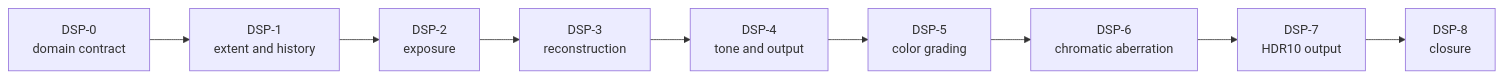
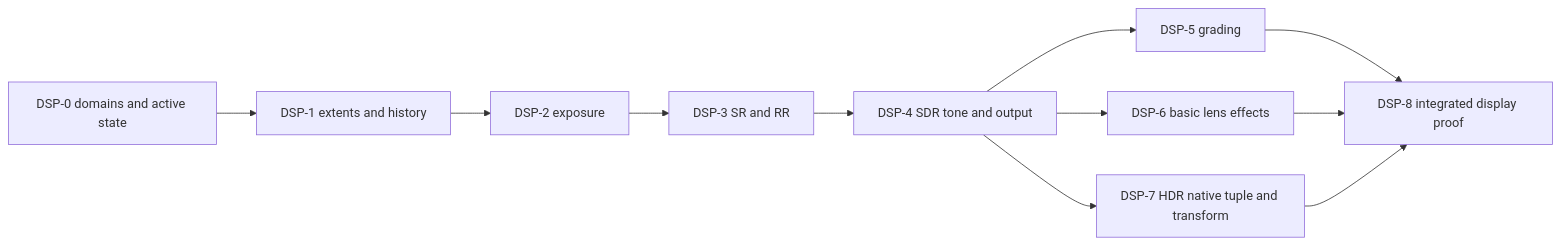
Before and after one commit to LisowskiPawel/SparkleEngine: the diagram in Docs/Architecture/Modules/Engine/Renderer/FirstRelease/DisplayAndReconstructionImplementationPlan.md, drawn with Mermaid. The commit also changed other lines of this file and 132 other files, not shown here.

````diff
--- a/Docs/Architecture/Modules/Engine/Renderer/FirstRelease/DisplayAndReconstructionImplementationPlan.md
+++ b/Docs/Architecture/Modules/Engine/Renderer/FirstRelease/DisplayAndReconstructionImplementationPlan.md
@@ -23,11 +17,13 @@
 ```mermaid
 flowchart LR
-    D0[DSP-0<br/>domain contract] --> D1[DSP-1<br/>extent and history]
-    D1 --> D2[DSP-2<br/>exposure]
-    D2 --> D3[DSP-3<br/>reconstruction]
-    D3 --> D4[DSP-4<br/>tone and output]
-    D4 --> D5[DSP-5<br/>color grading]
-    D5 --> D6[DSP-6<br/>chromatic aberration]
-    D6 --> D7[DSP-7<br/>HDR10 output]
-    D7 --> D8[DSP-8<br/>closure]
+    Domain[DSP-0 domains and active state] --> History[DSP-1 extents and history]
+    History --> Exposure[DSP-2 exposure]
+    Exposure --> Reconstruct[DSP-3 SR and RR]
+    Reconstruct --> Output[DSP-4 SDR tone and output]
+    Output --> Grade[DSP-5 grading]
+    Output --> Lens[DSP-6 basic lens effects]
+    Output --> HDR[DSP-7 HDR native tuple and transform]
+    Grade --> Join[DSP-8 integrated display proof]
+    Lens --> Join
+    HDR --> Join
 ```
````
